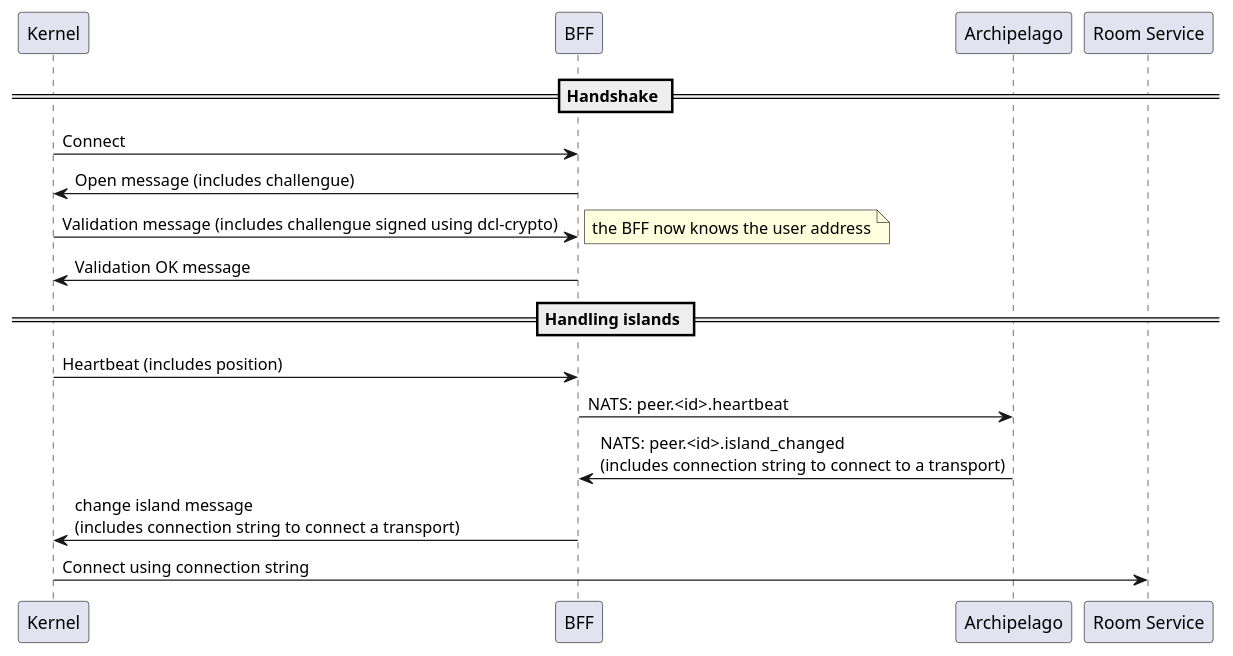
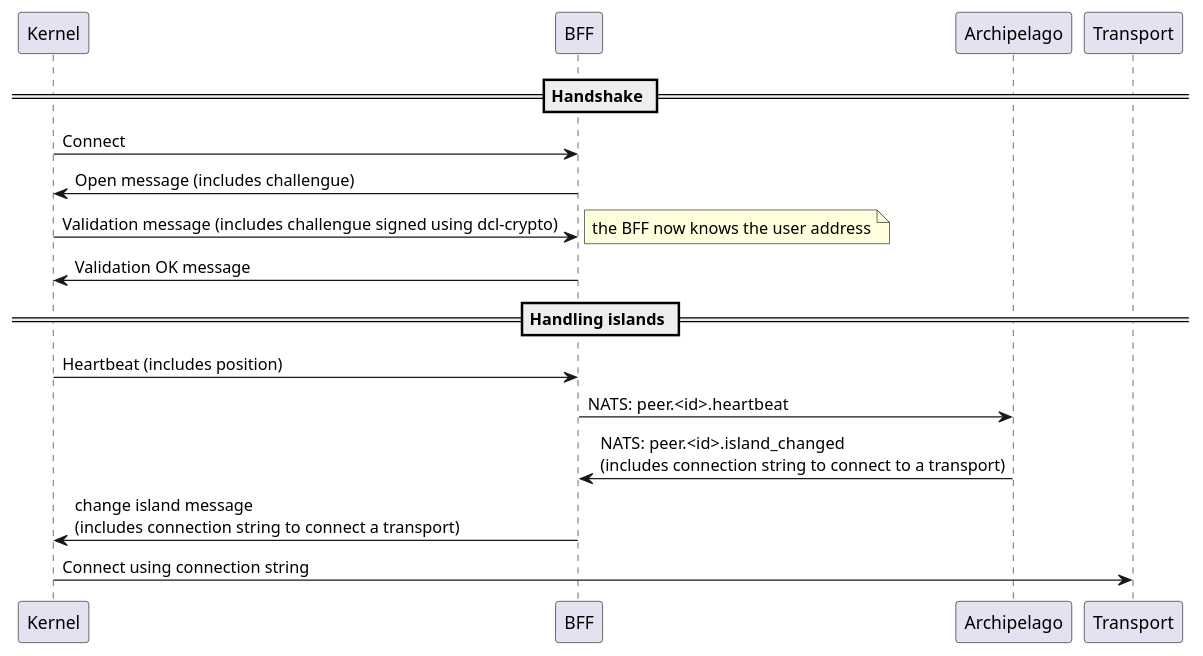
One commit to hugoArregui/dcl-workspace changed the first of 9 diagrams in docs/comms.org. Above: the diagram before and after it, drawn with PlantUML. The commit also changed other lines of this file and 3 other files, not shown here.

```diff
--- a/docs/comms.org
+++ b/docs/comms.org
@@ -20,24 +25,24 @@
 #+begin_src plantuml :file comms-v3-overview.png 
 participant Kernel as K
 participant BFF as BFF
 participant Archipelago as A
-participant "Room Service" as Transport
+participant Transport as T
 
 == Handshake ==
 
 K->BFF: Connect
 BFF->K: Open message (includes challengue)
 K->BFF: Validation message (includes challengue signed using dcl-crypto)
 note right: the BFF now knows the user address
 BFF->K: Validation OK message
 
 == Handling islands ==
 
 K->BFF: Heartbeat (includes position)
 BFF->A: NATS: peer.<id>.heartbeat
 
 A->BFF: NATS: peer.<id>.island_changed \n(includes connection string to connect to a transport)
 BFF->K: change island message \n(includes connection string to connect a transport)
 
-K->Transport: Connect using connection string
+K->T: Connect using connection string
 #+end_src
```
